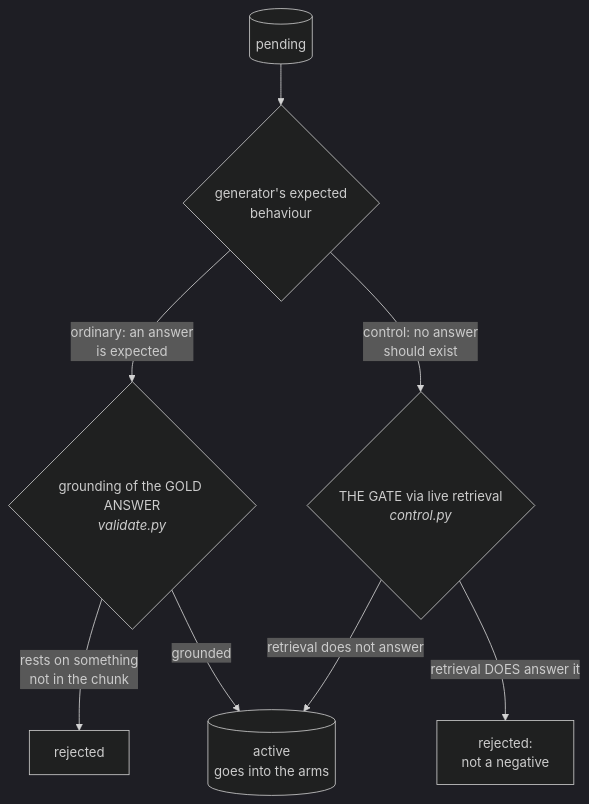
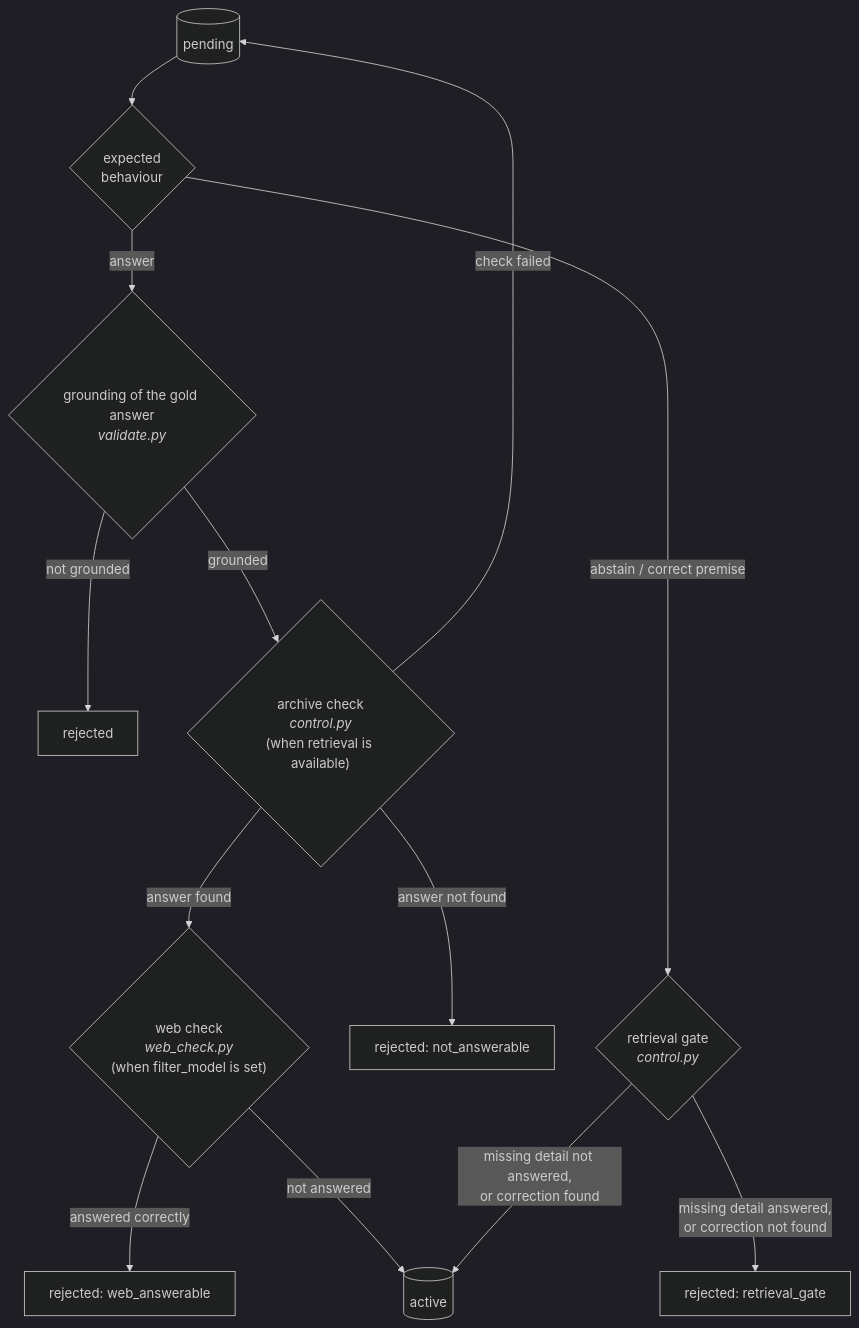
The second of 2 diagrams in packages/benchmark/docs/02-generation.md (OpenMined/syft-space), drawn with Mermaid (dark theme) before and after one commit. The commit also changed other lines of this file and 112 other files, not shown here.

Commit message:
feat(benchmark): question quality and grading fixes, archive check, spaCy removed; front matter metadata in Space; docs refreshed

````diff
--- a/packages/benchmark/docs/02-generation.md
+++ b/packages/benchmark/docs/02-generation.md
@@ -257,10 +193,15 @@
 ```mermaid
 flowchart TB
-    PEND[("pending")] --> CTRL{"generator's expected<br/>behaviour"}
-    CTRL -- "ordinary: an answer<br/>is expected" --> R2{"grounding of the GOLD ANSWER<br/><i>validate.py</i>"}
-    CTRL -- "control: no answer<br/>should exist" --> R3{"THE GATE via live retrieval<br/><i>control.py</i>"}
-    R2 -- "rests on something<br/>not in the chunk" --> REJ2["rejected"]
-    R2 -- "grounded" --> ACT[("active<br/>goes into the arms")]
-    R3 -- "retrieval DOES answer it" --> REJ3["rejected:<br/>not a negative"]
-    R3 -- "retrieval does not answer" --> ACT
+    PEND[("pending")] --> CTRL{"expected<br/>behaviour"}
+    CTRL -- "answer" --> R2{"grounding of the gold answer<br/><i>validate.py</i>"}
+    CTRL -- "abstain / correct premise" --> R3{"retrieval gate<br/><i>control.py</i>"}
+    R2 -- "not grounded" --> REJ2["rejected"]
+    R2 -- "grounded" --> AR{"archive check<br/><i>control.py</i><br/>(when retrieval is available)"}
+    AR -- "answer not found" --> REJA["rejected: not_answerable"]
+    AR -- "check failed" --> PEND
+    AR -- "answer found" --> W{"web check<br/><i>web_check.py</i><br/>(when filter_model is set)"}
+    W -- "answered correctly" --> REJW["rejected: web_answerable"]
+    W -- "not answered" --> ACT[("active")]
+    R3 -- "missing detail answered,<br/>or correction not found" --> REJ3["rejected: retrieval_gate"]
+    R3 -- "missing detail not answered,<br/>or correction found" --> ACT
 ```
````
